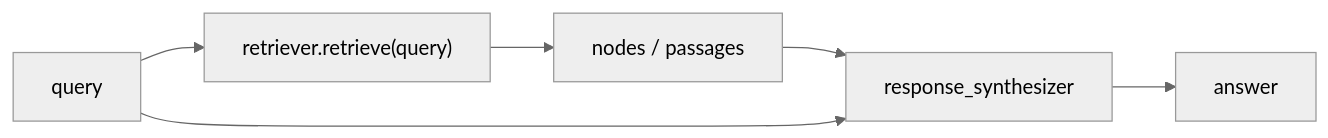
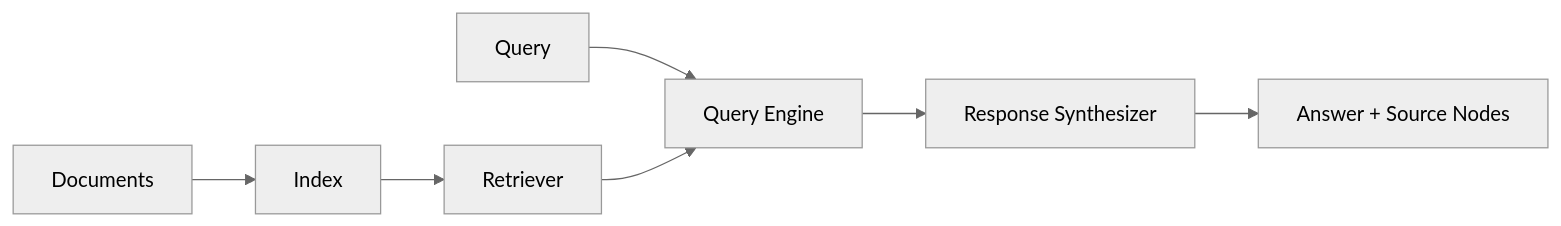
One commit to knowgyu/aisp changed the third of 3 diagrams in study_notes/rag/day1/01_rag_day1_lecture_review.md. Above: the diagram before and after it, drawn with Mermaid (neutral theme). The commit also changed other lines of this file and 25 other files, not shown here.

````diff
--- a/study_notes/rag/day1/01_rag_day1_lecture_review.md
+++ b/study_notes/rag/day1/01_rag_day1_lecture_review.md
@@ -212,8 +342,9 @@
 ```mermaid
 flowchart LR
-  Q["query"] --> R["retriever.retrieve(query)"]
-  R --> N["nodes / passages"]
-  N --> S["response_synthesizer"]
-  Q --> S
-  S --> A["answer"]
+  D["Documents"] --> I["Index"]
+  I --> R["Retriever"]
+  Q["Query"] --> QE["Query Engine"]
+  R --> QE
+  QE --> S["Response Synthesizer"]
+  S --> A["Answer + Source Nodes"]
 ```
````
